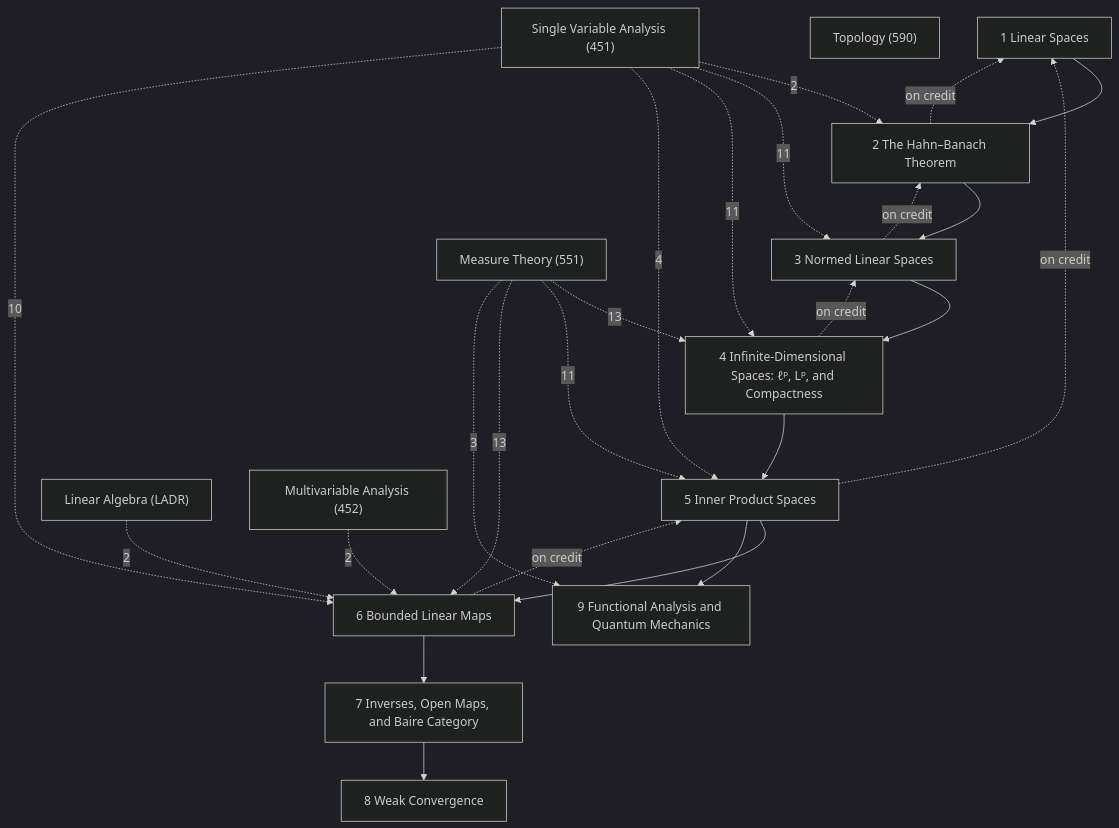
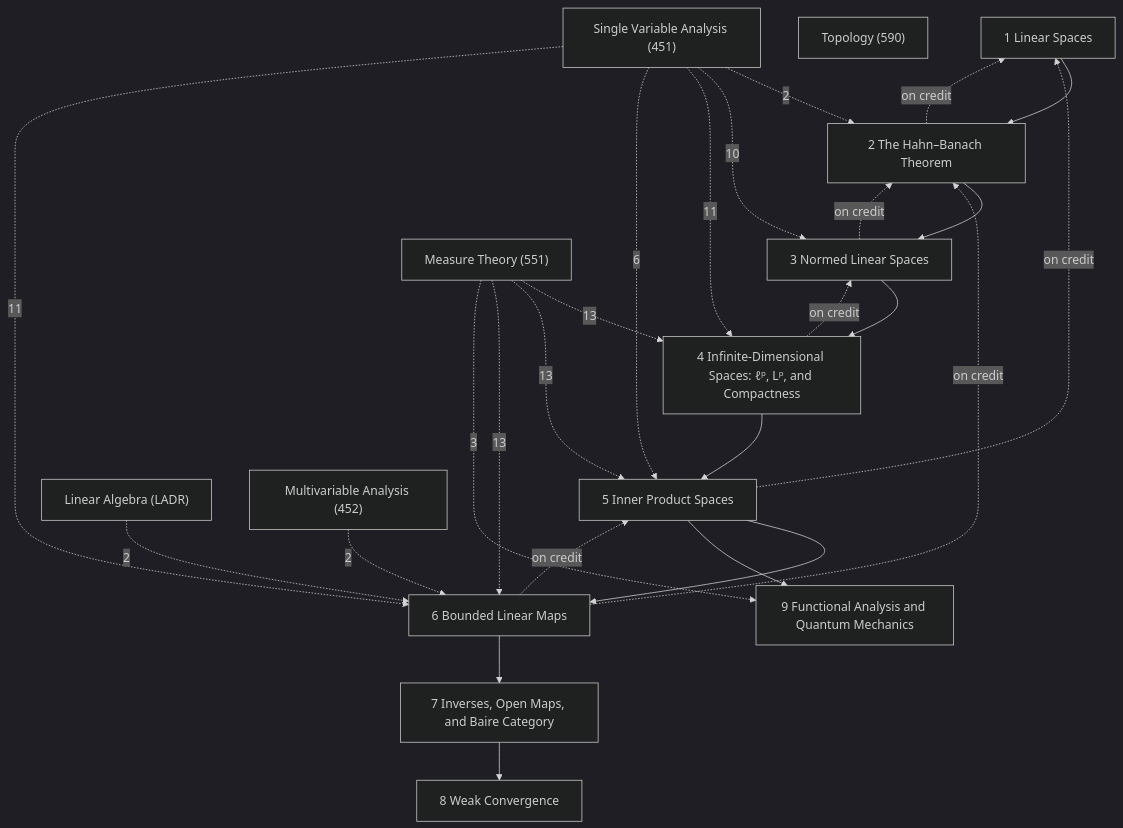
One commit to Onion20040508/notes changed the diagram in Math/Functional Analysis/Functional Analysis.md. Above: the diagram before and after it, drawn with Mermaid (dark theme). The commit also changed other lines of this file and 250 other files, not shown here.

````diff
--- a/Math/Functional Analysis/Functional Analysis.md
+++ b/Math/Functional Analysis/Functional Analysis.md
@@ -33,41 +33,42 @@
 ```mermaid
 graph TD
   C1["1 Linear Spaces"]
   C2["2 The Hahn–Banach Theorem"]
   C3["3 Normed Linear Spaces"]
   C4["4 Infinite-Dimensional Spaces: ℓᵖ, Lᵖ, and Compactness"]
   C5["5 Inner Product Spaces"]
   C6["6 Bounded Linear Maps"]
   C7["7 Inverses, Open Maps, and Baire Category"]
   C8["8 Weak Convergence"]
   C9["9 Functional Analysis and Quantum Mechanics"]
   X1["Linear Algebra (LADR)"]
   X2["Measure Theory (551)"]
   X3["Topology (590)"]
   X4["Single Variable Analysis (451)"]
   X5["Multivariable Analysis (452)"]
   C1 --> C2
   C2 --> C3
   C3 --> C4
   C4 --> C5
   C5 --> C6
   C5 --> C9
   C6 --> C7
   C7 --> C8
   C2 -.->|on credit| C1
   C3 -.->|on credit| C2
   C4 -.->|on credit| C3
   C5 -.->|on credit| C1
+  C6 -.->|on credit| C2
   C6 -.->|on credit| C5
   X1 -.->|2| C6
   X2 -.->|13| C4
-  X2 -.->|11| C5
+  X2 -.->|13| C5
   X2 -.->|13| C6
   X2 -.->|3| C9
   X5 -.->|2| C6
   X4 -.->|2| C2
-  X4 -.->|11| C3
+  X4 -.->|10| C3
   X4 -.->|11| C4
-  X4 -.->|4| C5
-  X4 -.->|10| C6
+  X4 -.->|6| C5
+  X4 -.->|11| C6
 ```
````
